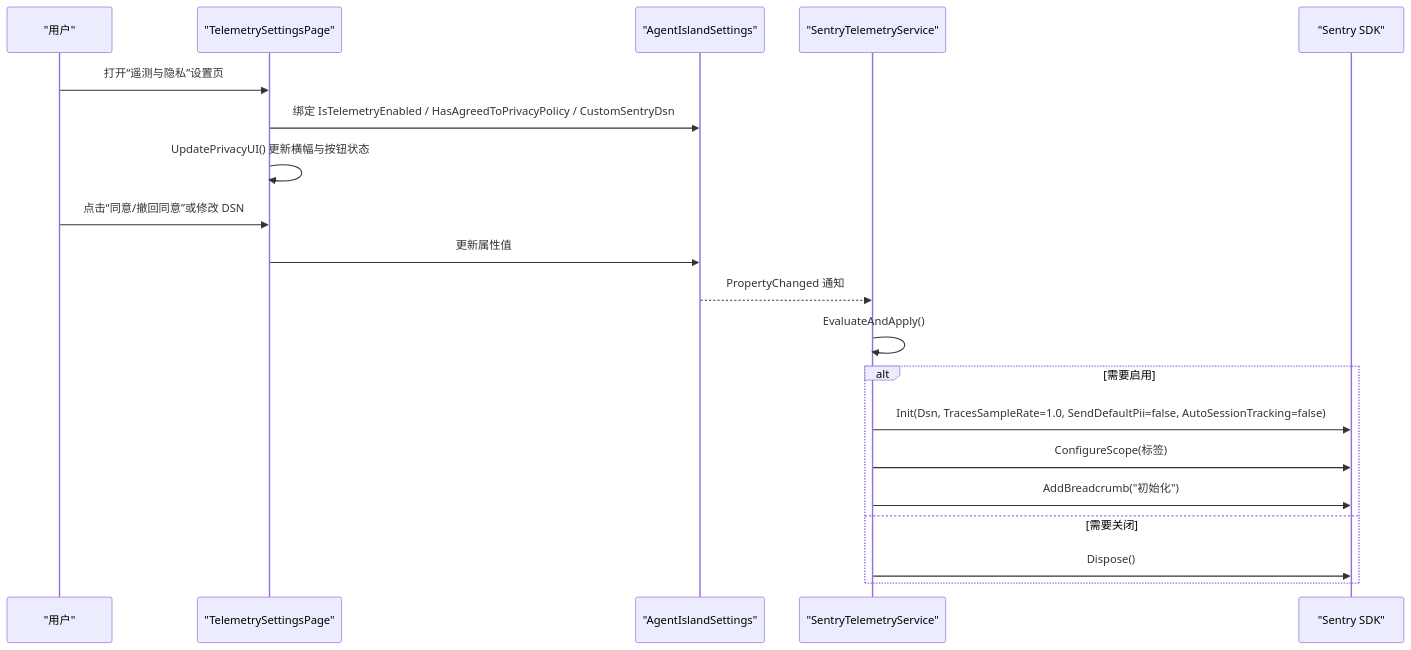
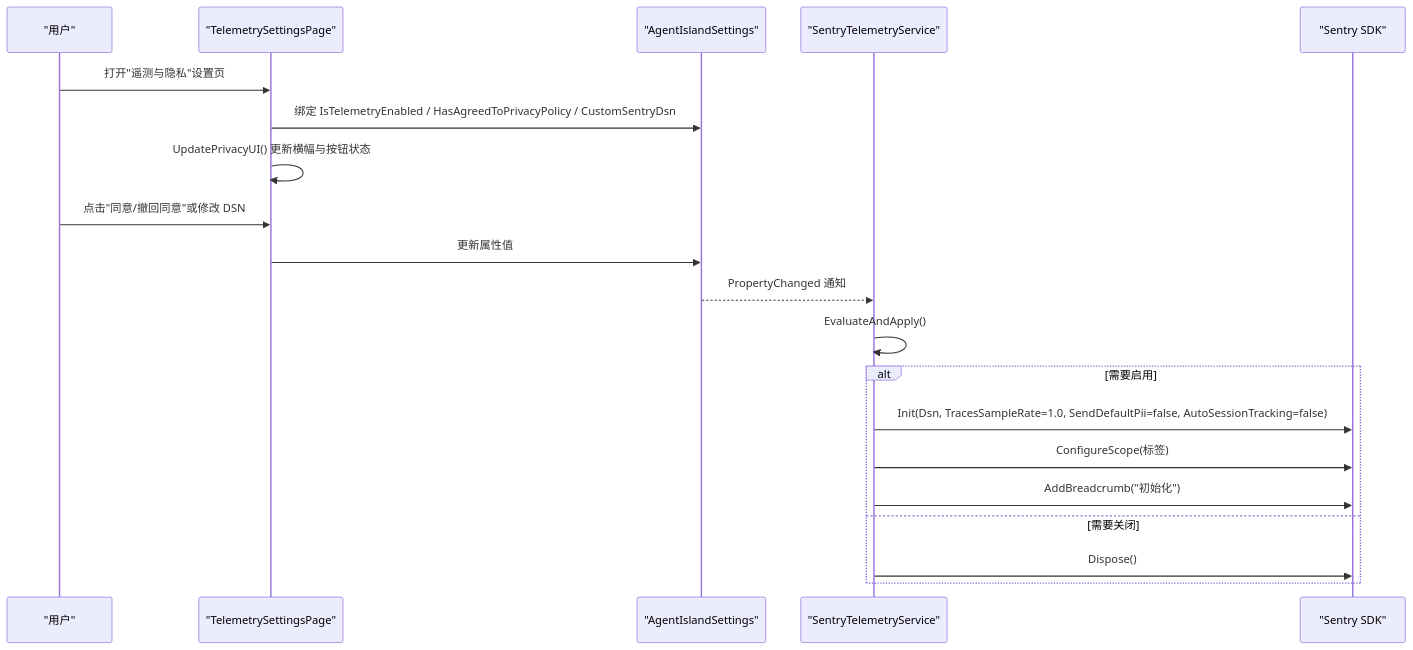
One commit to ShihaoShenDev/AgentIsland changed the second of 5 diagrams in .qoder/repowiki/zh/content/UI 组件系统/设置页面/遥测设置页面.md. Above: the diagram before and after it, drawn with Mermaid. The commit also changed other lines of this file and 54 other files, not shown here.

````diff
--- a/.qoder/repowiki/zh/content/UI 组件系统/设置页面/遥测设置页面.md
+++ b/.qoder/repowiki/zh/content/UI 组件系统/设置页面/遥测设置页面.md
@@ -97,22 +106,22 @@
 ```mermaid
 sequenceDiagram
 participant User as "用户"
 participant UI as "TelemetrySettingsPage"
 participant Settings as "AgentIslandSettings"
 participant Service as "SentryTelemetryService"
 participant Sentry as "Sentry SDK"
-User->>UI : 打开“遥测与隐私”设置页
+User->>UI : 打开"遥测与隐私"设置页
 UI->>Settings : 绑定 IsTelemetryEnabled / HasAgreedToPrivacyPolicy / CustomSentryDsn
 UI->>UI : UpdatePrivacyUI() 更新横幅与按钮状态
-User->>UI : 点击“同意/撤回同意”或修改 DSN
+User->>UI : 点击"同意/撤回同意"或修改 DSN
 UI->>Settings : 更新属性值
 Settings-->>Service : PropertyChanged 通知
 Service->>Service : EvaluateAndApply()
 alt 需要启用
 Service->>Sentry : Init(Dsn, TracesSampleRate=1.0, SendDefaultPii=false, AutoSessionTracking=false)
 Service->>Sentry : ConfigureScope(标签)
 Service->>Sentry : AddBreadcrumb("初始化")
 else 需要关闭
 Service->>Sentry : Dispose()
 end
 ```
````
